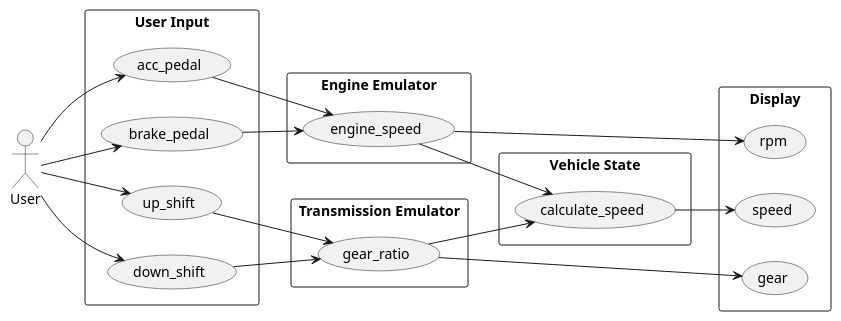
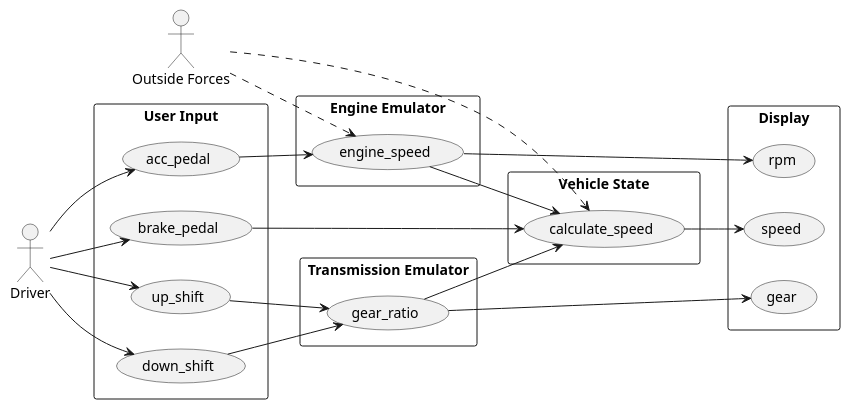
One commit to muncausen/BootCampMidTermLab changed the diagram in Emulator/doc/usecase.plantuml. Above: the diagram before and after it, drawn with PlantUML. The commit also changed 8 other files, not shown here.

```diff
--- a/Emulator/doc/usecase.plantuml
+++ b/Emulator/doc/usecase.plantuml
@@ -1,47 +1,51 @@
 @startuml uscases
 left to right direction
 
-actor User
+actor "Driver" as user
+actor "Outside Forces" as outside
 
 rectangle "User Input" {
   usecase acc_pedal
   usecase brake_pedal
   usecase up_shift
   usecase down_shift
 }
 
 rectangle "Engine Emulator" {
   usecase engine_speed
 }
 
 rectangle "Transmission Emulator" {
   usecase gear_ratio
 }
 
 rectangle "Vehicle State" {
   usecase calculate_speed
 }
 
 rectangle "Display" {
   usecase speed
   usecase rpm
   usecase gear
 }
 
-User --> acc_pedal
-User --> brake_pedal
-User --> up_shift
-User --> down_shift
+user --> acc_pedal
+user --> brake_pedal
+user --> up_shift
+user --> down_shift
+
+outside ..> engine_speed
+outside ..> calculate_speed
 
 acc_pedal --> engine_speed
-brake_pedal --> engine_speed
+brake_pedal --> calculate_speed
 up_shift --> gear_ratio
 down_shift --> gear_ratio
 
 engine_speed --> calculate_speed
 engine_speed --> rpm
 gear_ratio --> calculate_speed
 gear_ratio --> gear
 calculate_speed --> speed
 
 @enduml
```
